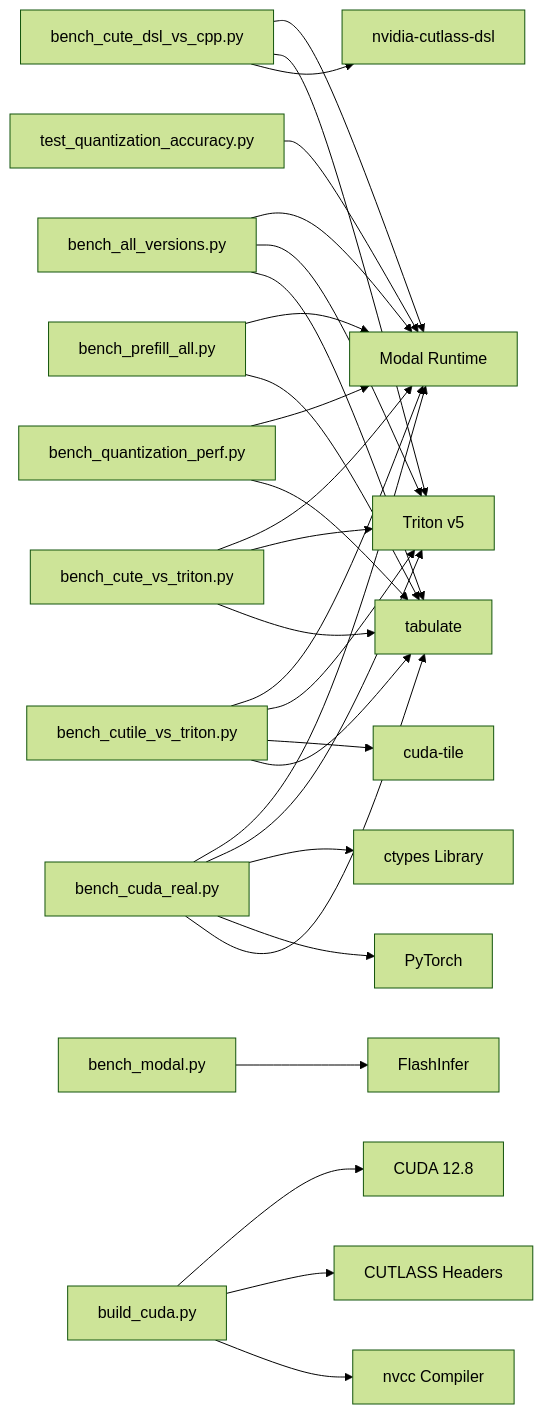
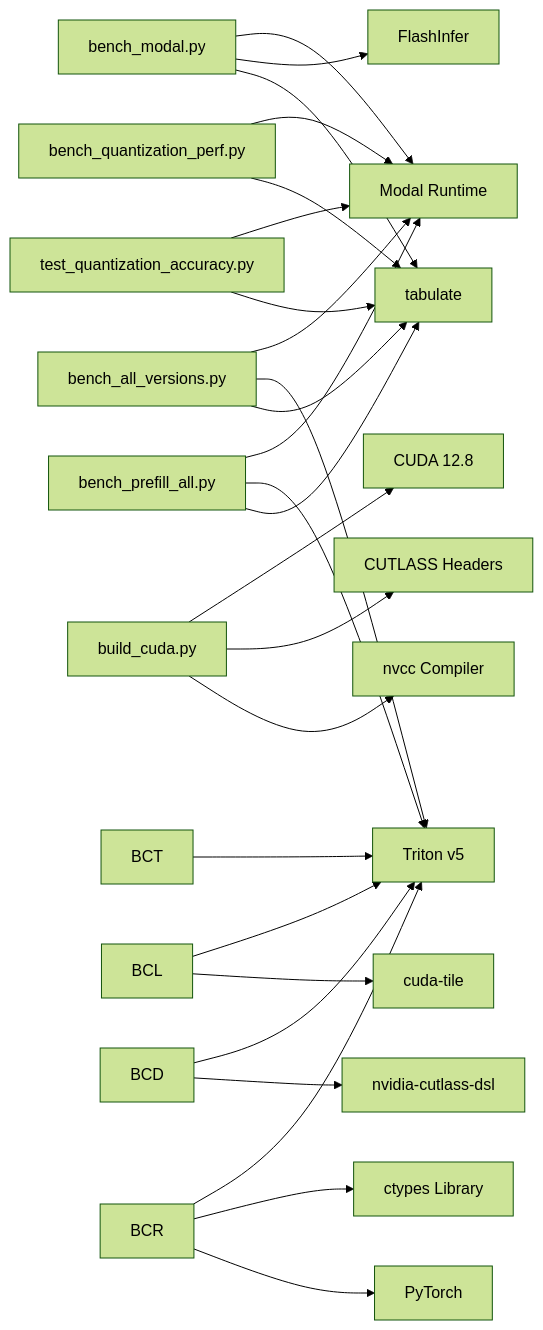
One commit to gugudeshubao/flashinfer-bench-tma-thrust changed the third of 3 diagrams in .qoder/repowiki/en/content/Benchmarking Framework/Benchmarking Framework.md. Above: the diagram before and after it, drawn with Mermaid (forest theme). The commit also changed other lines of this file and 21 other files, not shown here.

````diff
--- a/.qoder/repowiki/en/content/Benchmarking Framework/Benchmarking Framework.md
+++ b/.qoder/repowiki/en/content/Benchmarking Framework/Benchmarking Framework.md
@@ -600,30 +535,27 @@
 ```mermaid
 graph LR
-BAV["bench_all_versions.py"] --> MODAL["Modal Runtime"]
-BCR["bench_cuda_real.py"] --> MODAL
-BCT["bench_cute_vs_triton.py"] --> MODAL
-BCD["bench_cute_dsl_vs_cpp.py"] --> MODAL
-BCL["bench_cutile_vs_triton.py"] --> MODAL
+BM["bench_modal.py"] --> MODAL["Modal Runtime"]
+BQP["bench_quantization_perf.py"] --> MODAL
+TQA["test_quantization_accuracy.py"] --> MODAL
+BAV["bench_all_versions.py"] --> MODAL
 BPA["bench_prefill_all.py"] --> MODAL
-BQP["bench_quantization_perf.py"] --> MODAL
-BM["bench_modal.py"] --> FLASHINFER["FlashInfer"]
-TQA["test_quantization_accuracy.py"] --> MODAL
 BC["build_cuda.py"] --> CUDA["CUDA 12.8"]
 BC --> CUTLASS["CUTLASS Headers"]
 BC --> NVCC["nvcc Compiler"]
+BM --> FLASHINFER["FlashInfer"]
 BAV --> TRITON["Triton v5"]
+BPA --> TRITON
 BCR --> TRITON
 BCT --> TRITON
 BCL --> TRITON
 BCD --> TRITON
 BCD --> CUTLASS_DSL["nvidia-cutlass-dsl"]
 BCL --> CUTILE["cuda-tile"]
 BCR --> CTYPES["ctypes Library"]
 BCR --> PYTORCH["PyTorch"]
-BAV --> TABULATE["tabulate"]
-BCR --> TABULATE
-BCT --> TABULATE
-BCL --> TABULATE
+BM --> TABULATE["tabulate"]
+BQP --> TABULATE
+TQA --> TABULATE
+BAV --> TABULATE
 BPA --> TABULATE
-BQP --> TABULATE
 ```
````
